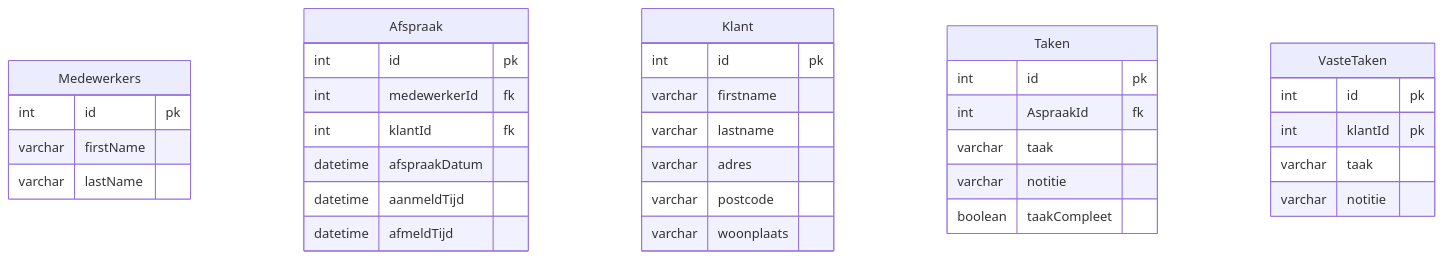
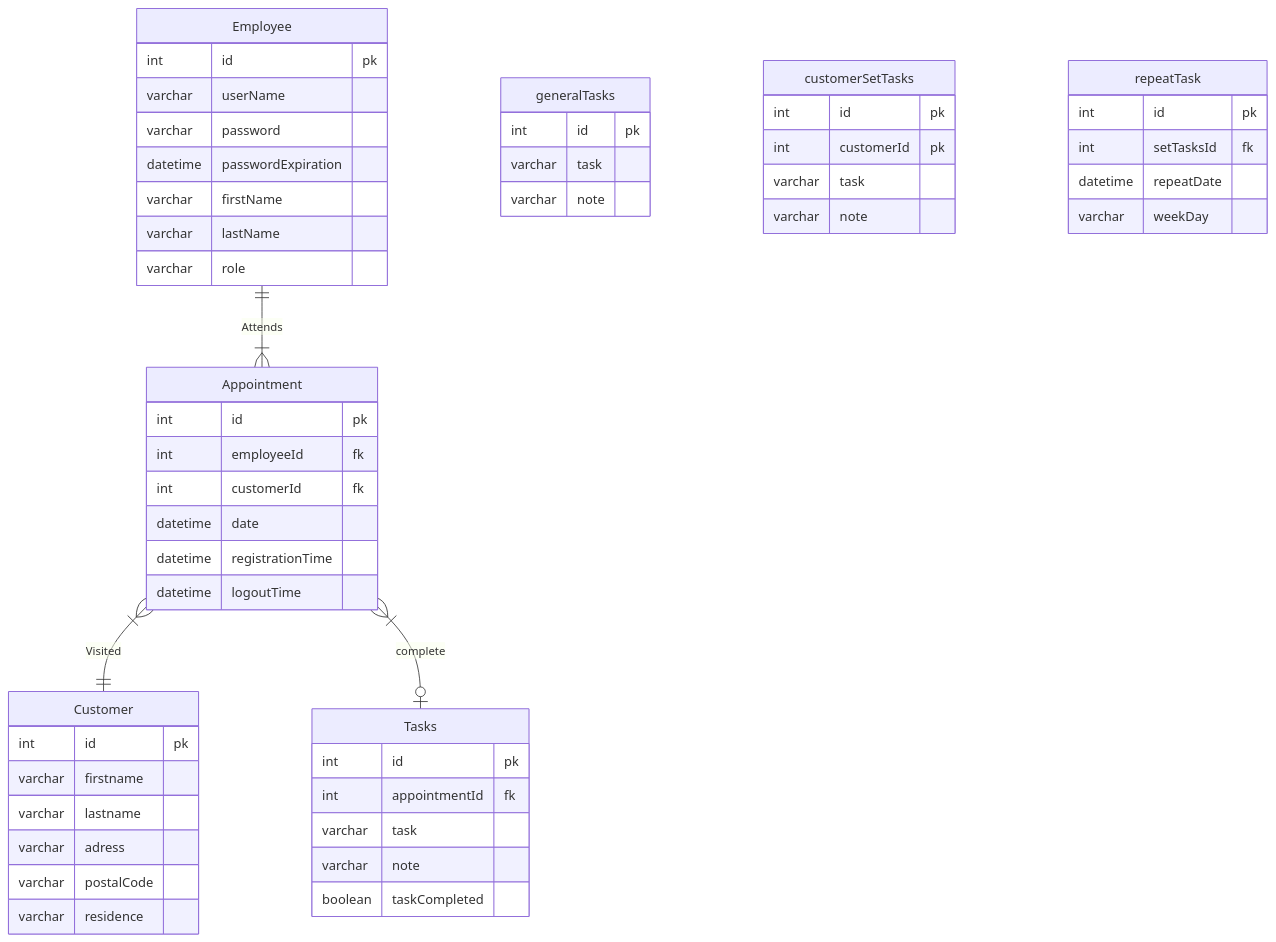
One commit to Educom-Trainees/educom-zorgApp changed the diagram in documentation/ERD.md. Above: the diagram before and after it, drawn with Mermaid.

````diff
--- a/documentation/ERD.md
+++ b/documentation/ERD.md
@@ -1,43 +1,63 @@
 ```mermaid
 erDiagram
-  Medewerkers{
+  Employee ||--|{ Appointment : Attends
+  Employee{
   int id pk
+  varchar userName
+  varchar password
+  datetime passwordExpiration
   varchar firstName
   varchar lastName
+  varchar role
   }
 
-  Afspraak{
+  Appointment }|--|| Customer : Visited
+  Appointment }|--|o Tasks : complete
+  Appointment{
   int id pk
-  int medewerkerId fk
-  int klantId fk
-  datetime afspraakDatum
-  datetime aanmeldTijd
-  datetime afmeldTijd
+  int employeeId fk
+  int customerId fk
+  datetime date
+  datetime registrationTime
+  datetime logoutTime
   }
 
-  Klant{
+  Customer{
   int id pk
   varchar firstname
   varchar lastname
-  varchar adres
-  varchar postcode
-  varchar woonplaats
+  varchar adress
+  varchar postalCode
+  varchar residence
   }
 
-  Taken{
+  Tasks{
   int id pk
-  int AspraakId fk
-  varchar taak
-  varchar notitie
-  boolean taakCompleet
+  int appointmentId fk
+  varchar task
+  varchar note
+  boolean taskCompleted
   }
 
-  VasteTaken{
+  generalTasks{
   int id pk
-  int klantId pk
-  varchar taak
-  varchar notitie
+  varchar task
+  varchar note
+  }
+
+  customerSetTasks{
+  int id pk
+  int customerId pk
+  varchar task
+  varchar note
+  }
+
+  repeatTask{
+  int id pk
+  int setTasksId fk
+  datetime repeatDate
+  varchar weekDay
   }
 
 
 ```
````
